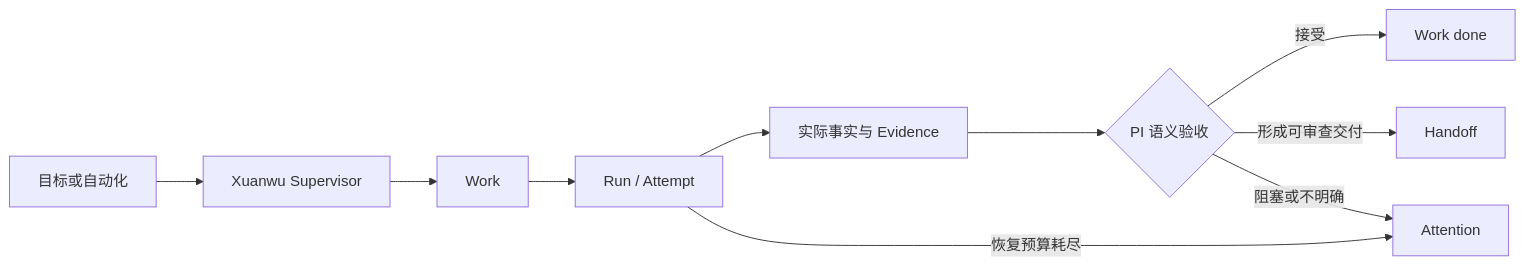
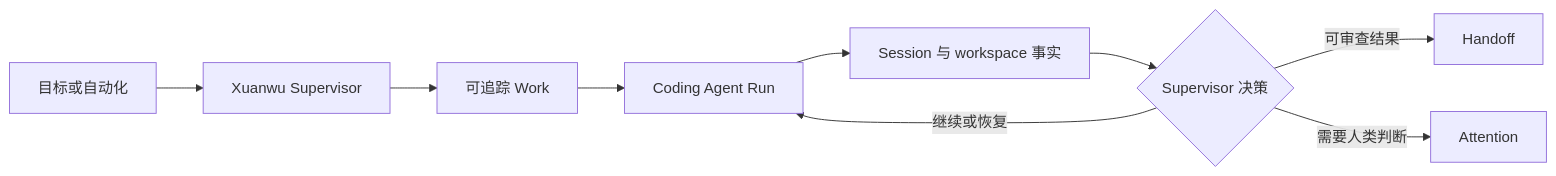
The diagram in README.zh-CN.md (williamnie/xuanwu), drawn with Mermaid before and after one commit. The commit also changed other lines of this file and 7 other files, not shown here.

Commit message:
docs(readme): 重写常驻运行定位与路线图

````diff
--- a/README.zh-CN.md
+++ b/README.zh-CN.md
@@ -30,12 +39,11 @@
 ```mermaid
 flowchart LR
   G["目标或自动化"] --> S["Xuanwu Supervisor"]
-  S --> W["Work"]
-  W --> R["Run / Attempt"]
-  R --> E["实际事实与 Evidence"]
-  E --> V{"PI 语义验收"}
-  V -->|接受| D["Work done"]
-  V -->|形成可审查交付| H["Handoff"]
-  V -->|阻塞或不明确| A["Attention"]
-  R -->|恢复预算耗尽| A
+  S --> W["可追踪 Work"]
+  W --> R["Coding Agent Run"]
+  R --> F["Session 与 workspace 事实"]
+  F --> D{"Supervisor 决策"}
+  D -->|继续或恢复| R
+  D -->|可审查结果| H["Handoff"]
+  D -->|需要人类判断| A["Attention"]
 ```
````
